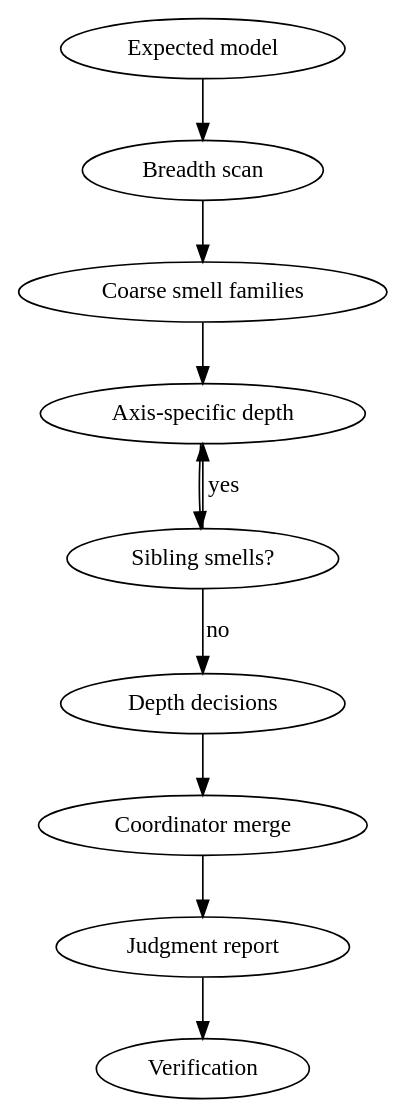
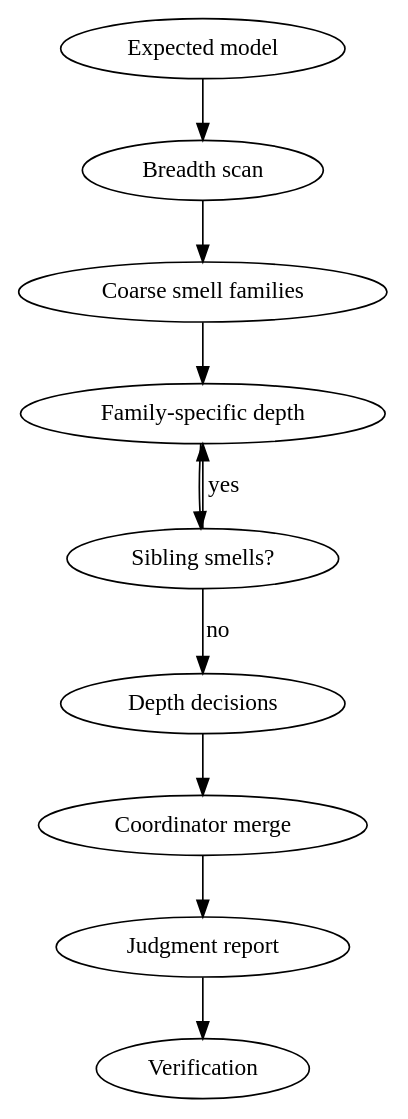
One commit to jacexh/skill-workshop changed the diagram in codex-plugins/ddd-expert/skills/review/SKILL.md. Above: the diagram before and after it, drawn with Graphviz. The commit also changed other lines of this file and 8 other files, not shown here.

````diff
--- a/codex-plugins/ddd-expert/skills/review/SKILL.md
+++ b/codex-plugins/ddd-expert/skills/review/SKILL.md
@@ -23,13 +23,13 @@
 ```dot
 digraph ddd_review {
   "Expected model" -> "Breadth scan";
   "Breadth scan" -> "Coarse smell families";
-  "Coarse smell families" -> "Axis-specific depth";
-  "Axis-specific depth" -> "Sibling smells?";
-  "Sibling smells?" -> "Axis-specific depth" [label="yes"];
+  "Coarse smell families" -> "Family-specific depth";
+  "Family-specific depth" -> "Sibling smells?";
+  "Sibling smells?" -> "Family-specific depth" [label="yes"];
   "Sibling smells?" -> "Depth decisions" [label="no"];
   "Depth decisions" -> "Coordinator merge";
   "Coordinator merge" -> "Judgment report";
   "Judgment report" -> "Verification";
 }
 ```
````
